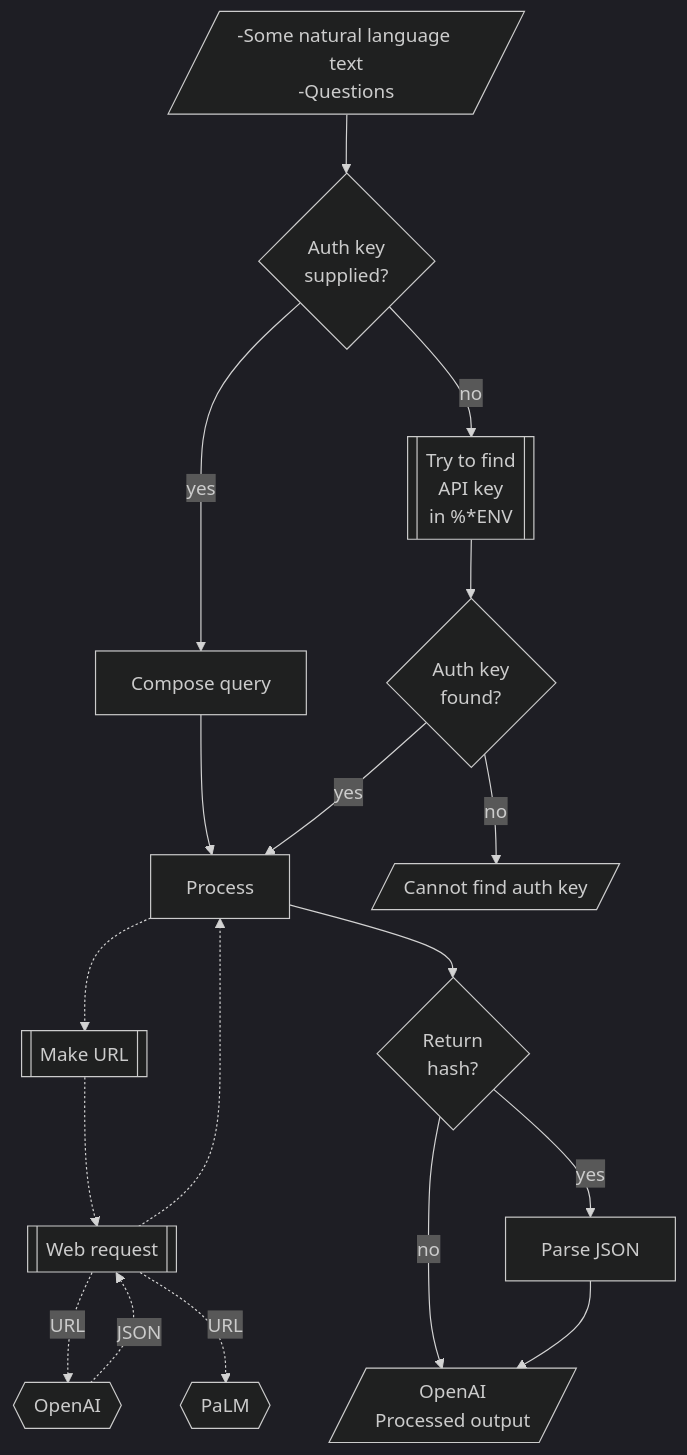
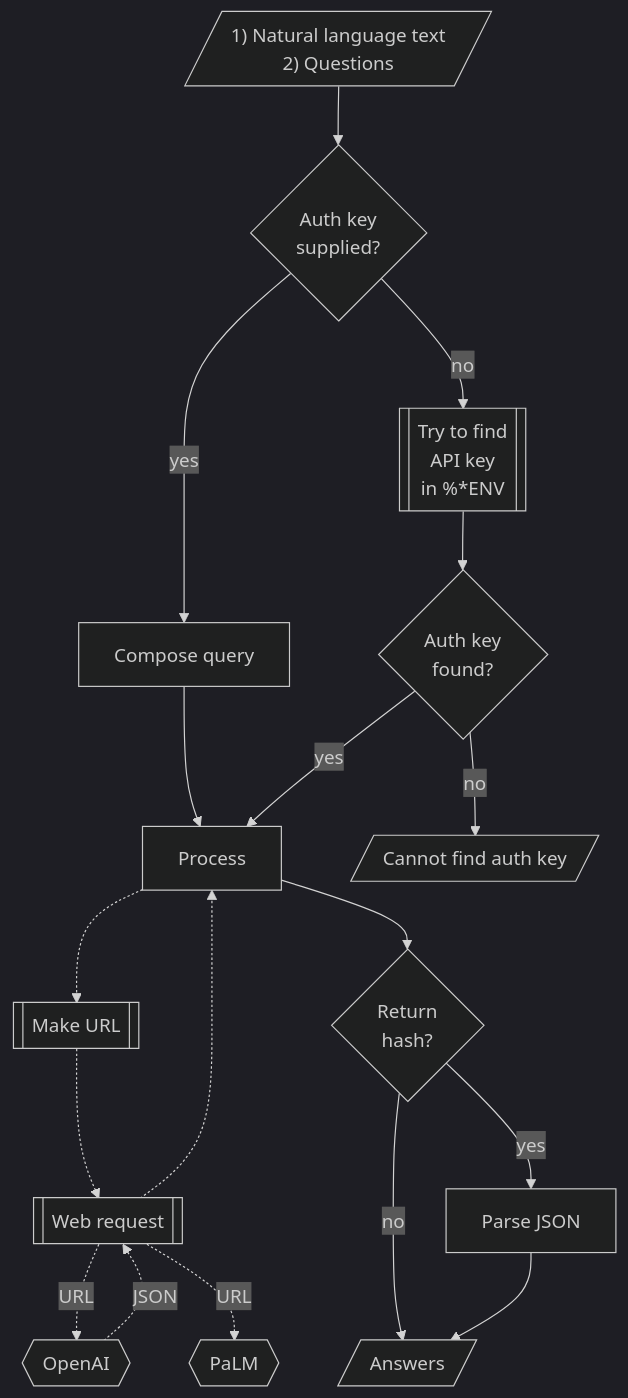
The diagram in README-work.md (antononcube/Raku-ML-FindTextualAnswer), drawn with Mermaid (dark theme) before and after one commit. The commit also changed other lines of this file and 1 other file, not shown here.

````diff
--- a/README-work.md
+++ b/README-work.md
@@ -114,32 +119,32 @@
 ```mermaid
 graph TD
-	UI[/-Some natural language text<br>-Questions/]
-	TO[/"OpenAI<br/>Processed output"/]
+	UI[/"1) Natural language text<br>2) Questions"/]
+	TO[/"Answers"/]
 	WR[[Web request]]
 	OpenAI{{OpenAI}}
 	PaLM{{PaLM}}
 	PJ[Parse JSON]
 	Q{Return<br>hash?}
 	MSTC[Compose query]
 	MURL[[Make URL]]
 	TTC[Process]
 	QAK{Auth key<br>supplied?}
 	EAK[["Try to find<br>API key<br>in %*ENV"]]
 	QEAF{Auth key<br>found?}
 	NAK[/Cannot find auth key/]
 	UI --> QAK
 	QAK --> |yes|MSTC
 	QAK --> |no|EAK
 	EAK --> QEAF
 	MSTC --> TTC
 	QEAF --> |no|NAK
 	QEAF --> |yes|TTC
 	TTC -.-> MURL -.-> WR -.-> TTC
 	WR -.-> |URL|OpenAI 
 	WR -.-> |URL|PaLM 
 	OpenAI -.-> |JSON|WR
 	TTC --> Q 
 	Q --> |yes|PJ
 	Q --> |no|TO
 	PJ --> TO
 ```
````
